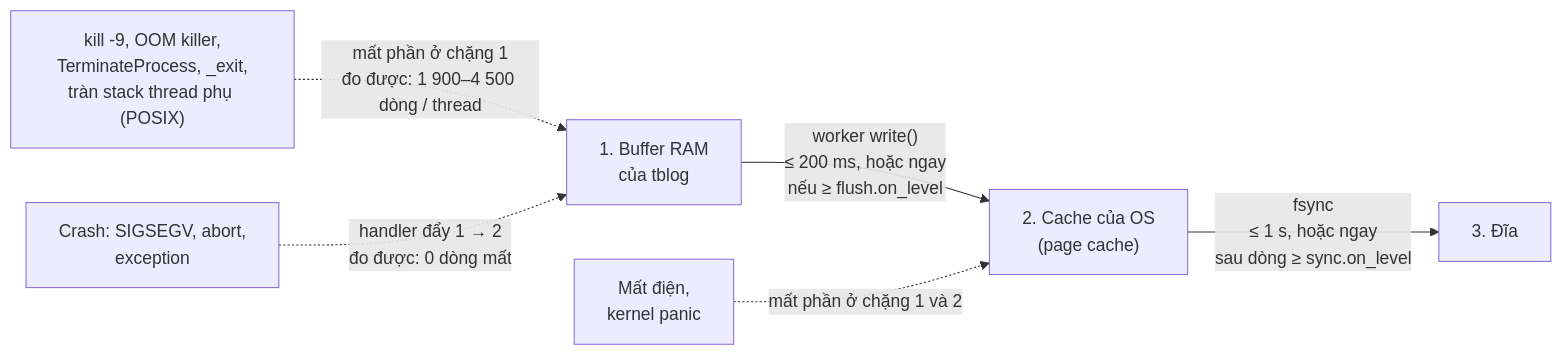
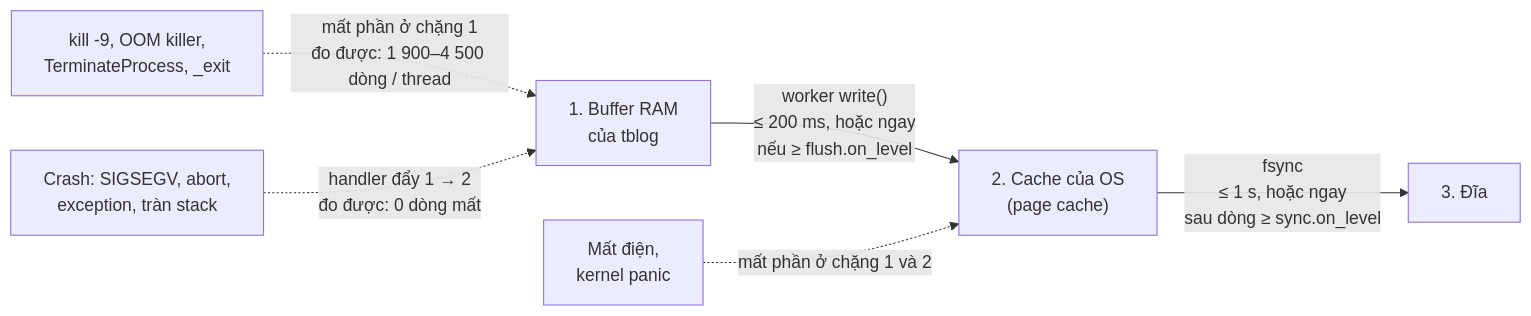
The fourth of 5 diagrams in docs/architecture.md (TieuBao168/tblog), drawn with Mermaid before and after one commit. The commit also changed other lines of this file and 10 other files, not shown here.

First line of the commit message:
Docs: stack overflow on any logging thread now loses 0 lines

````diff
--- a/docs/architecture.md
+++ b/docs/architecture.md
@@ -120,8 +120,8 @@
 ```mermaid
 flowchart LR
     R["1. Buffer RAM<br/>của tblog"] -->|"worker write()<br/>≤ 200 ms, hoặc ngay<br/>nếu ≥ flush.on_level"| P["2. Cache của OS<br/>(page cache)"]
     P -->|"fsync<br/>≤ 1 s, hoặc ngay<br/>sau dòng ≥ sync.on_level"| D["3. Đĩa"]
-    K["kill -9, OOM killer,<br/>TerminateProcess, _exit,<br/>tràn stack thread phụ (POSIX)"] -.->|"mất phần ở chặng 1<br/>đo được: 1 900–4 500 dòng / thread"| R
-    C["Crash: SIGSEGV, abort,<br/>exception"] -.->|"handler đẩy 1 → 2<br/>đo được: 0 dòng mất"| R
+    K["kill -9, OOM killer,<br/>TerminateProcess, _exit"] -.->|"mất phần ở chặng 1<br/>đo được: 1 900–4 500 dòng / thread"| R
+    C["Crash: SIGSEGV, abort,<br/>exception, tràn stack"] -.->|"handler đẩy 1 → 2<br/>đo được: 0 dòng mất"| R
     E["Mất điện,<br/>kernel panic"] -.->|"mất phần ở chặng 1 và 2"| P
 ```
````
